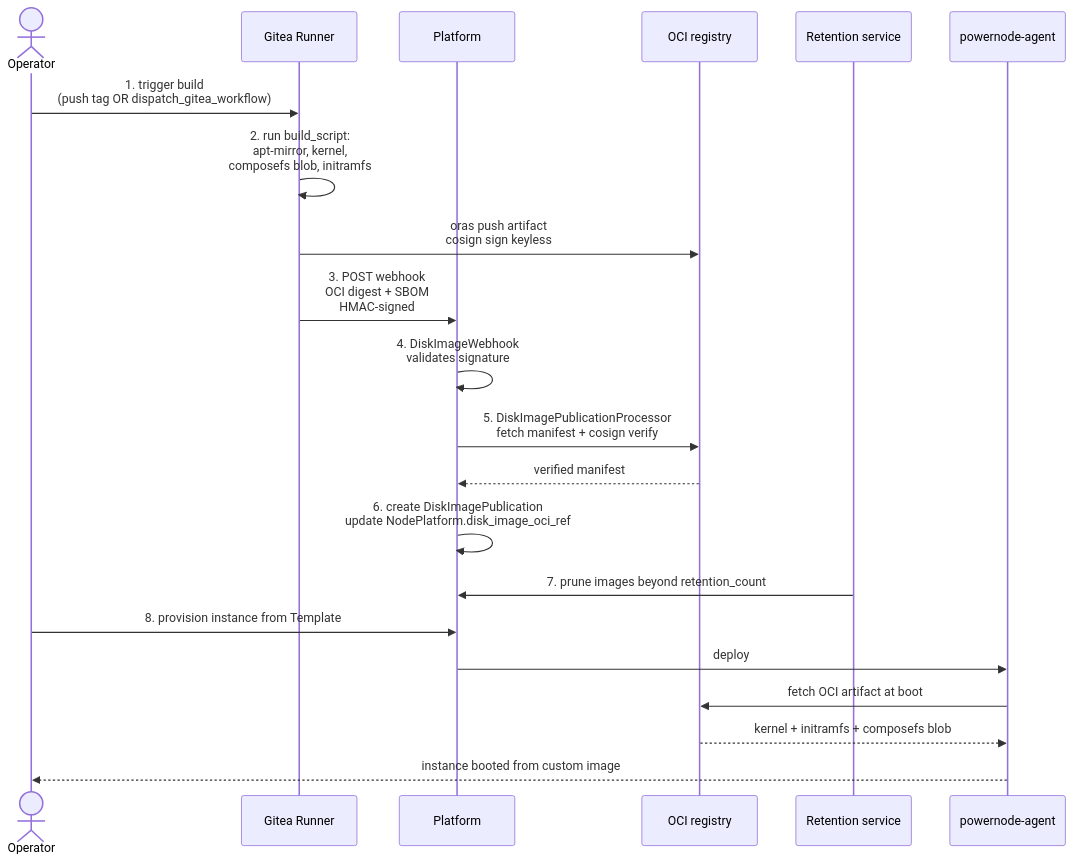
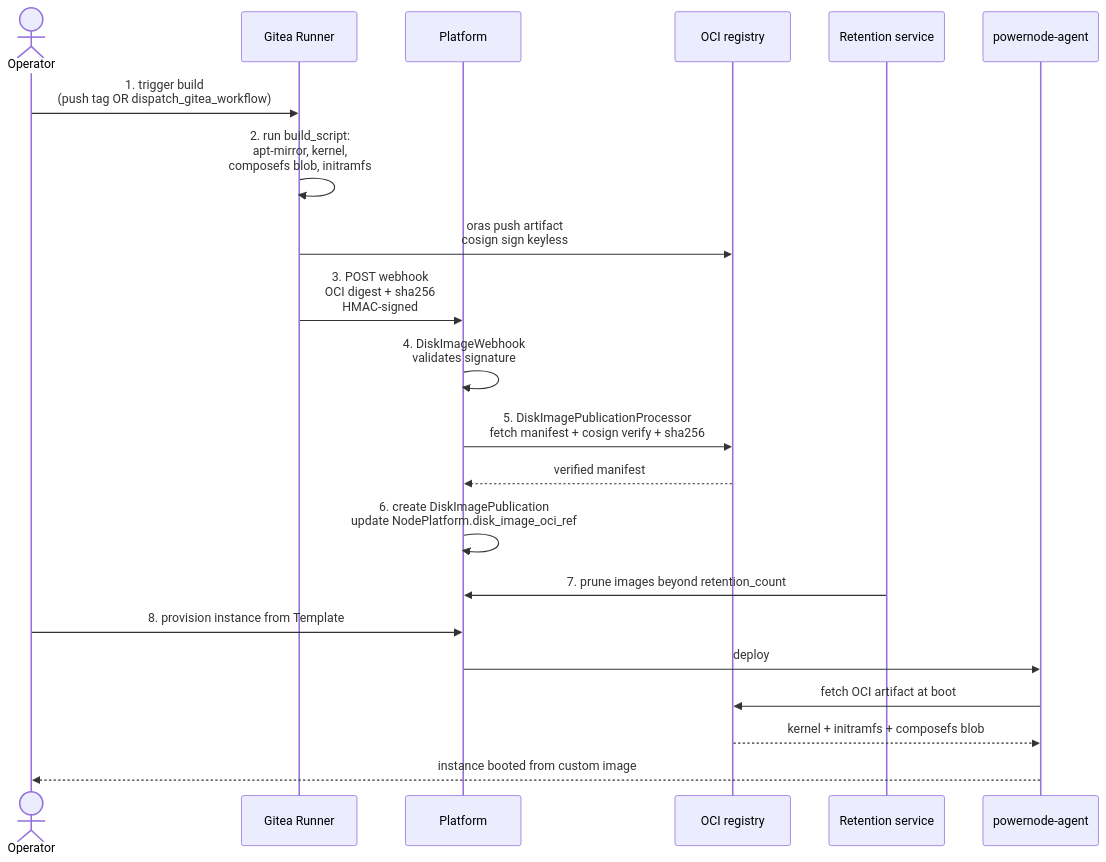
The first of 2 diagrams in docs/DISK_IMAGE_CI.md (nodealchemy/powernode-system), drawn with Mermaid before and after one commit. The commit also changed other lines of this file and 63 other files, not shown here.

````diff
--- a/docs/DISK_IMAGE_CI.md
+++ b/docs/DISK_IMAGE_CI.md
@@ -11,24 +13,24 @@
 ```mermaid
 sequenceDiagram
     actor Op as Operator
     participant Runner as Gitea Runner
     participant Plat as Platform
     participant Reg as OCI registry
     participant Ret as Retention service
     participant Agent as powernode-agent
 
     Op->>Runner: 1. trigger build<br/>(push tag OR dispatch_gitea_workflow)
     Runner->>Runner: 2. run build_script:<br/>apt-mirror, kernel,<br/>composefs blob, initramfs
     Runner->>Reg: oras push artifact<br/>cosign sign keyless
-    Runner->>Plat: 3. POST webhook<br/>OCI digest + SBOM<br/>HMAC-signed
+    Runner->>Plat: 3. POST webhook<br/>OCI digest + sha256<br/>HMAC-signed
     Plat->>Plat: 4. DiskImageWebhook<br/>validates signature
-    Plat->>Reg: 5. DiskImagePublicationProcessor<br/>fetch manifest + cosign verify
+    Plat->>Reg: 5. DiskImagePublicationProcessor<br/>fetch manifest + cosign verify + sha256
     Reg-->>Plat: verified manifest
     Plat->>Plat: 6. create DiskImagePublication<br/>update NodePlatform.disk_image_oci_ref
     Ret->>Plat: 7. prune images beyond retention_count
     Op->>Plat: 8. provision instance from Template
     Plat->>Agent: deploy
     Agent->>Reg: fetch OCI artifact at boot
     Reg-->>Agent: kernel + initramfs + composefs blob
     Agent-->>Op: instance booted from custom image
 ```
````
